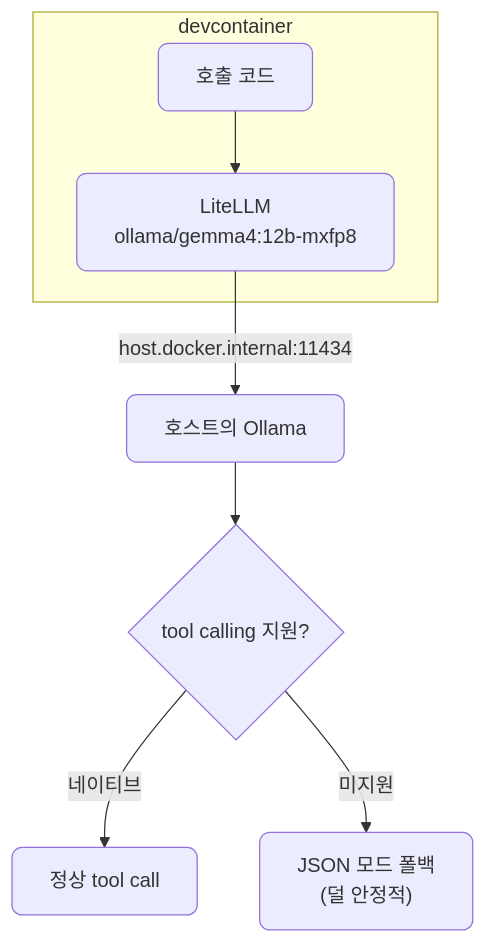
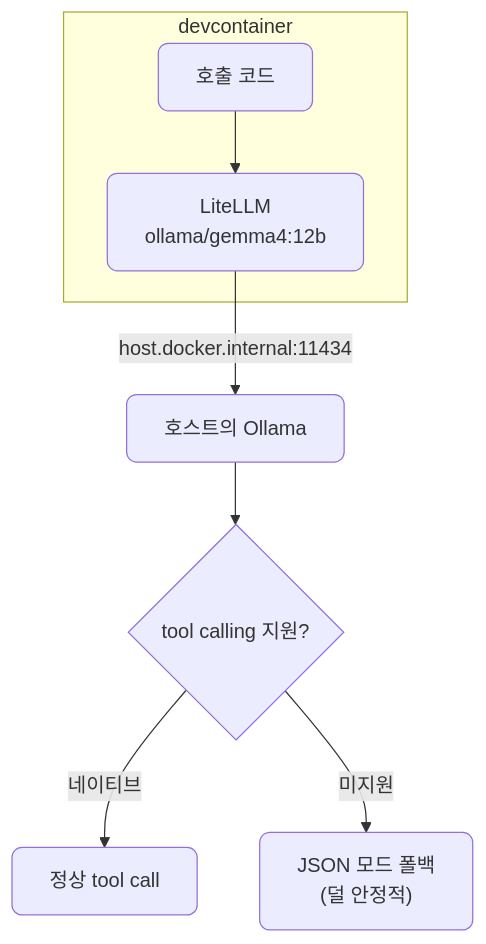
The first of 2 diagrams in docs/section1/lec07/README.md (CodeCompose7/ai_service_engineering), drawn with Mermaid before and after one commit. The commit also changed 3 other files, not shown here.

````diff
--- a/docs/section1/lec07/README.md
+++ b/docs/section1/lec07/README.md
@@ -23,11 +23,11 @@
 ```mermaid
 flowchart TD
   subgraph DEV["devcontainer"]
-    CODE["호출 코드"] --> LL["LiteLLM<br/>ollama/gemma4:12b-mxfp8"]
+    CODE["호출 코드"] --> LL["LiteLLM<br/>ollama/gemma4:12b"]
   end
   LL -->|"host.docker.internal:11434"| OL["호스트의 Ollama"]
   OL --> Q{"tool calling 지원?"}
   Q -->|"네이티브"| N["정상 tool call"]
   Q -->|"미지원"| F["JSON 모드 폴백<br/>(덜 안정적)"]
   classDef default rx:8,ry:8;
 ```
````
